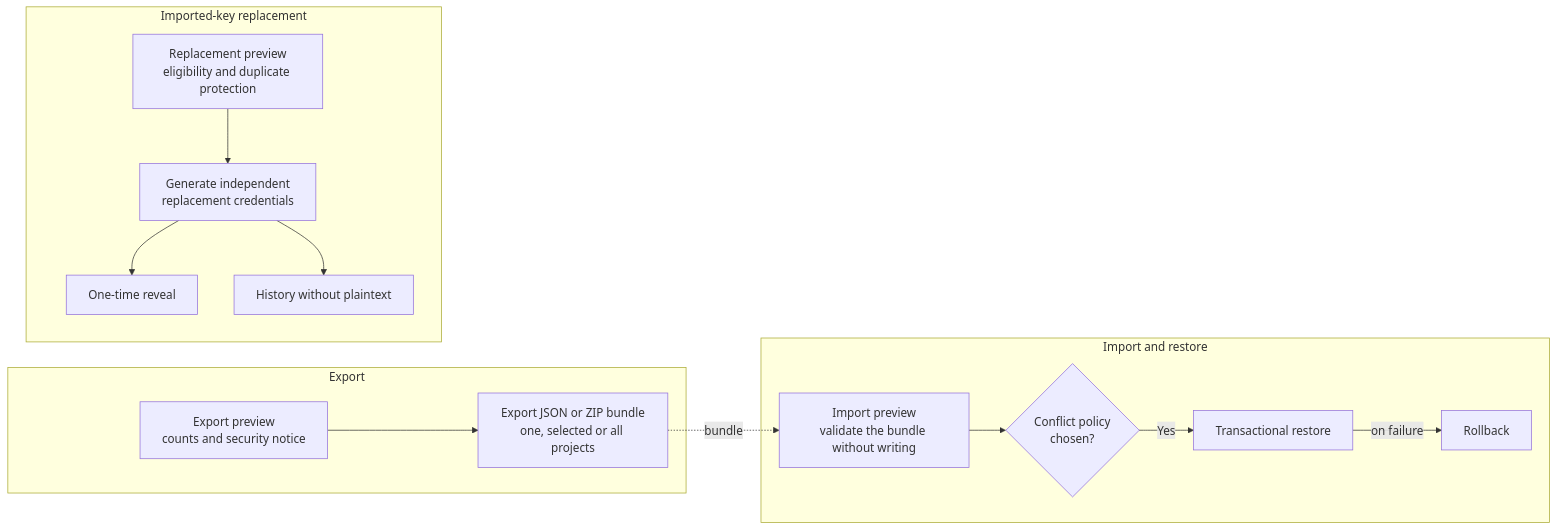
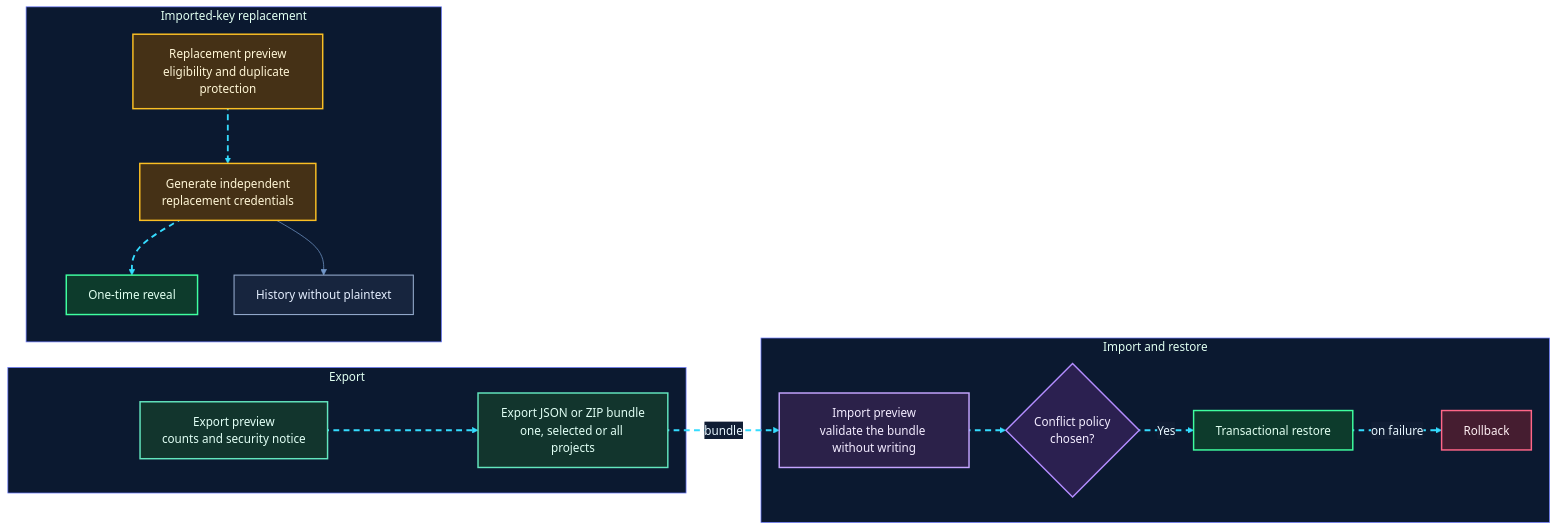
One commit to shajeduzzamanenan992008inc/NexOra-Database-key-Gen changed diagram 19 of 23 in README.md. Above: the diagram before and after it, drawn with Mermaid. The commit also changed other lines of this file, not shown here.

````diff
--- a/README.md
+++ b/README.md
@@ -1247,17 +1546,40 @@
 ```mermaid
+%%{init: {"theme":"base","themeVariables":{"darkMode":true,"background":"#07111f","primaryColor":"#102744","primaryTextColor":"#e8f7ff","primaryBorderColor":"#00d9ff","lineColor":"#7297c8","secondaryColor":"#261d45","secondaryTextColor":"#f3eaff","secondaryBorderColor":"#a78bfa","tertiaryColor":"#12332b","tertiaryTextColor":"#e0fff1","tertiaryBorderColor":"#41e6a2","fontFamily":"Inter, Segoe UI, sans-serif","edgeLabelBackground":"#101d34","mainBkg":"#102744","nodeBorder":"#00d9ff","clusterBkg":"#0b1930","clusterBorder":"#6f7dff","actorBkg":"#102744","actorBorder":"#00d9ff","actorTextColor":"#e8f7ff","signalColor":"#64d8ff","signalTextColor":"#e8f7ff","noteBkgColor":"#0e332b","noteBorderColor":"#41e6a2","noteTextColor":"#e0fff1"}}}%%
 flowchart LR
     subgraph EXP["Export"]
-        E1["Export preview<br/>counts and security notice"] --> E2["Export JSON or ZIP bundle<br/>one, selected or all projects"]
+        E1["Export preview<br/>counts and security notice"] nx15e01@--> E2["Export JSON or ZIP bundle<br/>one, selected or all projects"]
     end
     subgraph IMP["Import and restore"]
-        I1["Import preview<br/>validate the bundle without writing"] --> I2{"Conflict policy<br/>chosen?"}
-        I2 -->|Yes| I3["Transactional restore"]
-        I3 -->|"on failure"| I4["Rollback"]
+        I1["Import preview<br/>validate the bundle without writing"] nx15e02@--> I2{"Conflict policy<br/>chosen?"}
+        I2 nx15e03@-->|Yes| I3["Transactional restore"]
+        I3 nx15e04@-->|"on failure"| I4["Rollback"]
     end
     subgraph REP["Imported-key replacement"]
-        P1["Replacement preview<br/>eligibility and duplicate protection"] --> P2["Generate independent<br/>replacement credentials"]
-        P2 --> P3["One-time reveal"]
+        P1["Replacement preview<br/>eligibility and duplicate protection"] nx15e05@--> P2["Generate independent<br/>replacement credentials"]
+        P2 nx15e06@--> P3["One-time reveal"]
         P2 --> P4["History without plaintext"]
     end
-    E2 -.->|"bundle"| I1
+    E2 nx15e07@-.->|"bundle"| I1
+
+    %% OMEGA NEX-ORA visual classes
+    %% OMEGA NEX-ORA / ULTRA NEON PALETTE
+    classDef nxCore fill:#092b49,stroke:#00e5ff,stroke-width:2.5px,color:#e9fbff;
+    classDef nxProcess fill:#102b45,stroke:#3dbcf5,stroke-width:1.5px,color:#e9f6ff;
+    classDef nxDecision fill:#2b2050,stroke:#b38cff,stroke-width:2px,color:#f3edff;
+    classDef nxSuccess fill:#0d3b2c,stroke:#3fffa0,stroke-width:2px,color:#e0fff0;
+    classDef nxDanger fill:#451d30,stroke:#ff6688,stroke-width:2px,color:#fff0f3;
+    classDef nxData fill:#12352d,stroke:#63e6be,stroke-width:2px,color:#e1fff5;
+    classDef nxExternal fill:#2b2149,stroke:#c4a5ff,stroke-width:2px,color:#f3ecff;
+    classDef nxInfo fill:#17253e,stroke:#91a7c9,stroke-width:1.5px,color:#e5efff;
+    classDef nxWarning fill:#453116,stroke:#fbbf24,stroke-width:2px,color:#fff6d6;
+    %% Moving dashed route: Mermaid applies this class to explicitly identified edges.
+    classDef nxAnimated stroke:#35dcff,stroke-width:2.5px,stroke-dasharray:8\,6,stroke-dashoffset:1000,animation:dash 24s linear infinite;
+    class E1,E2 nxData;
+    class I1 nxExternal;
+    class I2 nxDecision;
+    class I3,P3 nxSuccess;
+    class I4 nxDanger;
+    class P1,P2 nxWarning;
+    class P4 nxInfo;
+    class nx15e01,nx15e02,nx15e03,nx15e04,nx15e05,nx15e06,nx15e07 nxAnimated;
 ```
````
